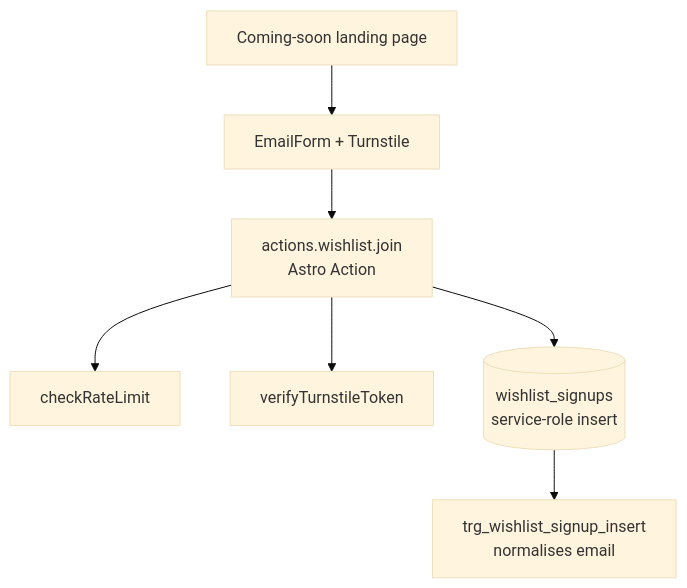
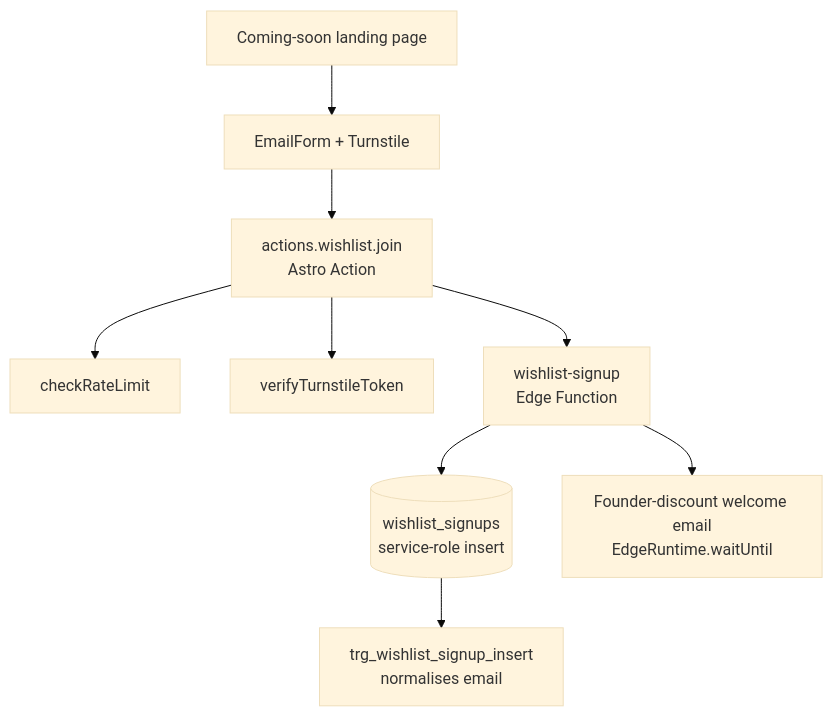
One commit to hobenakicoffee/libraries changed the diagram in docs/wishlist/index.md. Above: the diagram before and after it, drawn with Mermaid (base theme). The commit also changed other lines of this file and 2 other files, not shown here.

````diff
--- a/docs/wishlist/index.md
+++ b/docs/wishlist/index.md
@@ -7,9 +7,11 @@
 ```mermaid
 flowchart TB
     A[Coming-soon landing page] --> B[EmailForm + Turnstile]
     B --> C[actions.wishlist.join<br/>Astro Action]
     C --> D[checkRateLimit]
     C --> E[verifyTurnstileToken]
-    C --> F[(wishlist_signups<br/>service-role insert)]
-    F --> G[trg_wishlist_signup_insert<br/>normalises email]
+    C --> F[wishlist-signup<br/>Edge Function]
+    F --> G[(wishlist_signups<br/>service-role insert)]
+    G --> H[trg_wishlist_signup_insert<br/>normalises email]
+    F --> I[Founder-discount welcome email<br/>EdgeRuntime.waitUntil]
 ```
````
